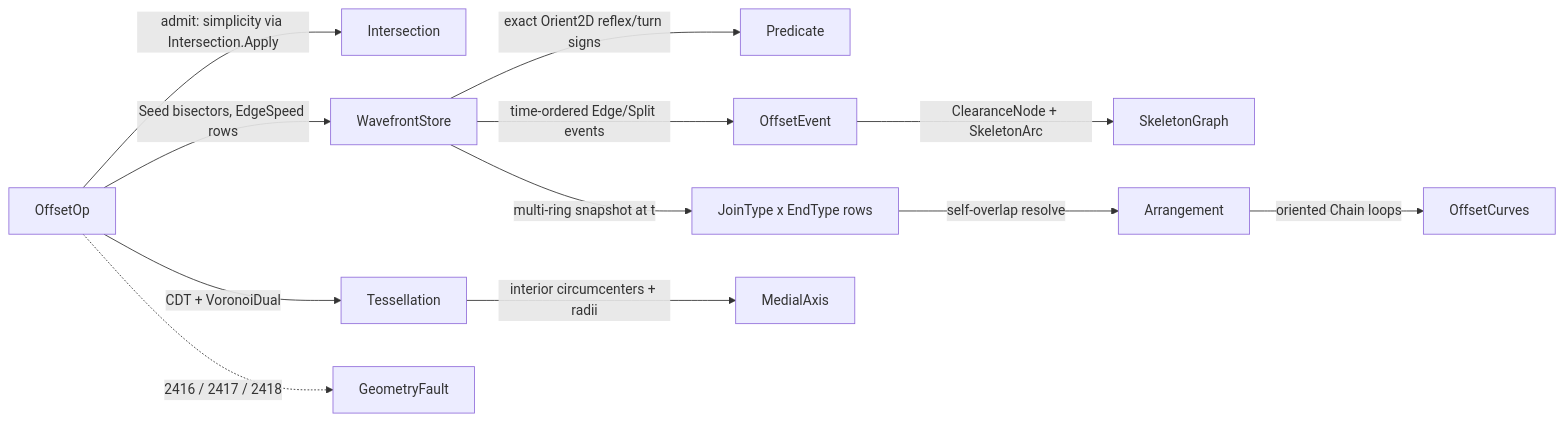
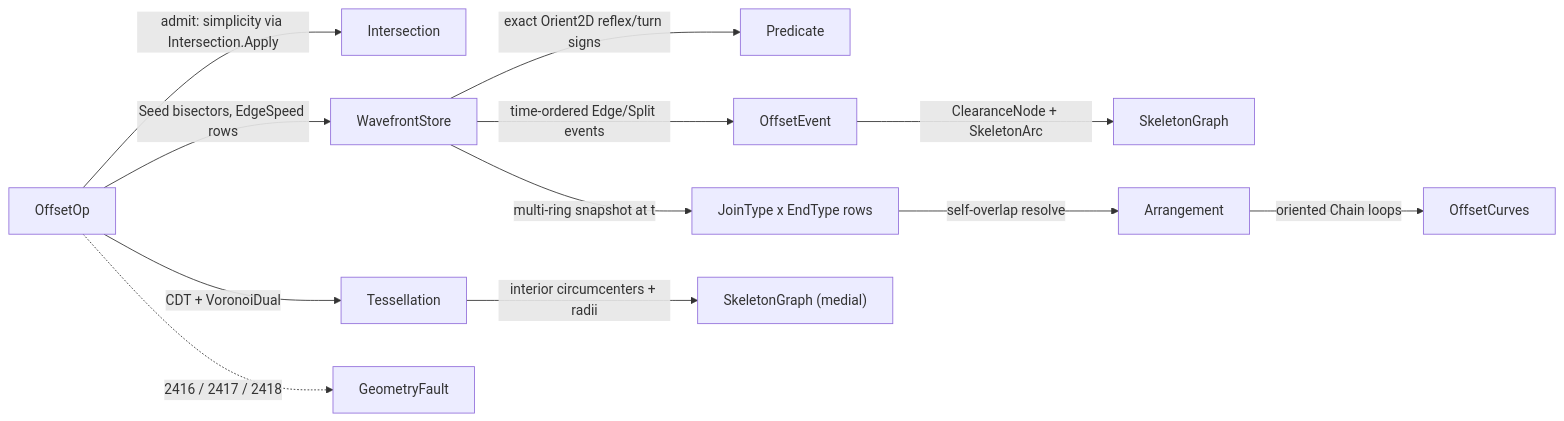
The diagram in libs/csharp/Rasm/.planning/Meshing/offset.md (bsamiee/Rasm), drawn with Mermaid before and after one commit. The commit also changed other lines of this file and 13 other files, not shown here.

````diff
--- a/libs/csharp/Rasm/.planning/Meshing/offset.md
+++ b/libs/csharp/Rasm/.planning/Meshing/offset.md
@@ -676,14 +677,14 @@
 ```mermaid
 flowchart LR
     OffsetOp -->|admit: simplicity via Intersection.Apply| Intersection
     OffsetOp -->|Seed bisectors, EdgeSpeed rows| WavefrontStore
     WavefrontStore -->|exact Orient2D reflex/turn signs| Predicate
     WavefrontStore -->|time-ordered Edge/Split events| OffsetEvent
     OffsetEvent -->|ClearanceNode + SkeletonArc| SkeletonGraph
     OffsetOp -->|CDT + VoronoiDual| Tessellation
-    Tessellation -->|interior circumcenters + radii| MedialAxis
+    Tessellation -->|interior circumcenters + radii| Medial["SkeletonGraph (medial)"]
     WavefrontStore -->|multi-ring snapshot at t| Dressing["JoinType x EndType rows"]
     Dressing -->|self-overlap resolve| Arrangement
     Arrangement -->|oriented Chain loops| OffsetCurves
     OffsetOp -.->|2416 / 2417 / 2418| GeometryFault
 ```
````
